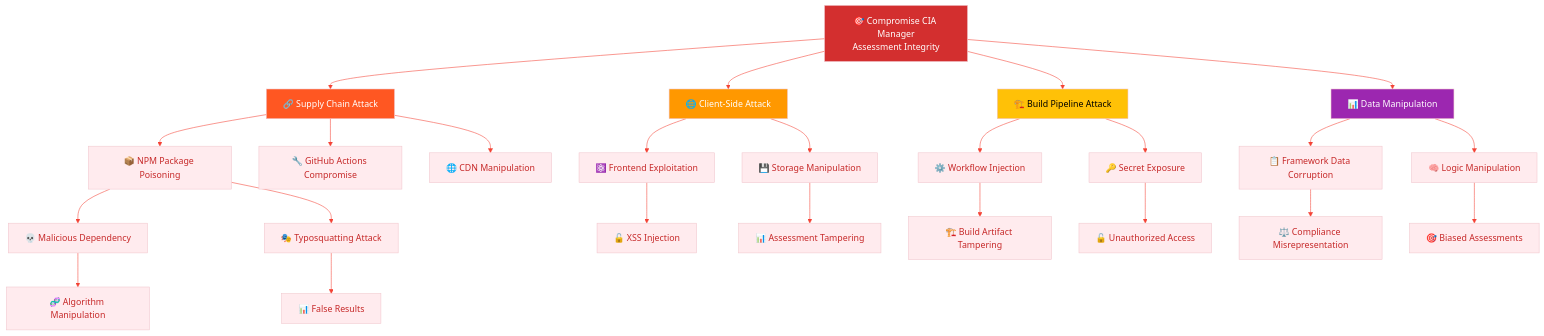
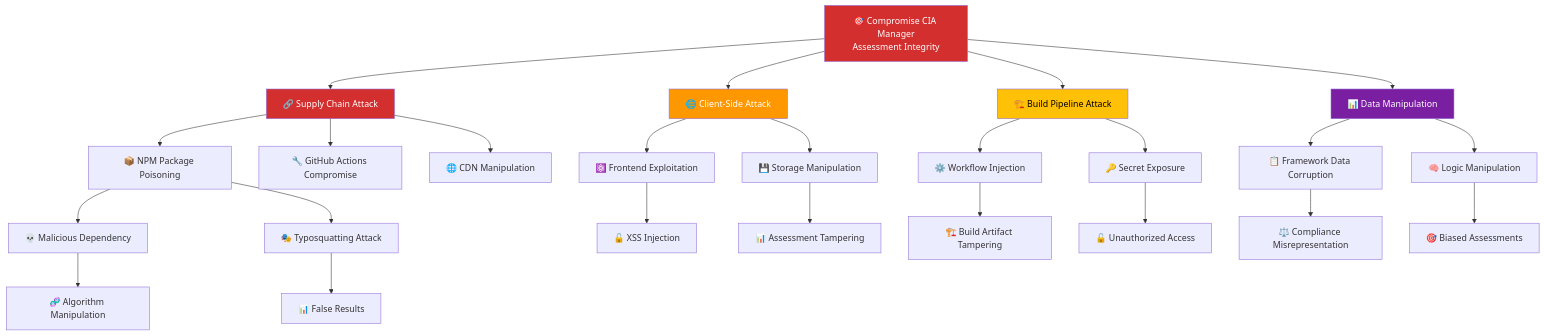
Before and after one commit to Hack23/cia-compliance-manager: the third of 15 diagrams in docs/architecture/THREAT_MODEL.md, drawn with Mermaid. The commit also changed other lines of this file and 18 other files, not shown here.

````diff
--- a/docs/architecture/THREAT_MODEL.md
+++ b/docs/architecture/THREAT_MODEL.md
@@ -272,51 +258,44 @@
 ```mermaid
 %%{
   init: {
-    'theme': 'base',
-    'themeVariables': {
-      'primaryColor': '#ffebee',
-      'primaryTextColor': '#c62828',
-      'lineColor': '#f44336',
-      'secondaryColor': '#e8f5e9',
-      'tertiaryColor': '#fff3e0'
-    }
-  }
+    'theme': 'neutral',
+}
 }%%
 flowchart TD
     GOAL[🎯 Compromise CIA Manager<br/>Assessment Integrity]
     
     GOAL --> PATH1[🔗 Supply Chain Attack]
     GOAL --> PATH2[🌐 Client-Side Attack]
     GOAL --> PATH3[🏗️ Build Pipeline Attack]
     GOAL --> PATH4[📊 Data Manipulation]
     
     PATH1 --> SC1[📦 NPM Package Poisoning]
     PATH1 --> SC2[🔧 GitHub Actions Compromise]
     PATH1 --> SC3[🌐 CDN Manipulation]
     
     SC1 --> SC1A[💀 Malicious Dependency]
     SC1 --> SC1B[🎭 Typosquatting Attack]
     SC1A --> SC1A1[🧬 Algorithm Manipulation]
     SC1B --> SC1B1[📊 False Results]
     
     PATH2 --> CS1[⚛️ Frontend Exploitation]
     PATH2 --> CS2[💾 Storage Manipulation]
     CS1 --> CS1A[🔓 XSS Injection]
     CS2 --> CS2A[📊 Assessment Tampering]
     
     PATH3 --> BP1[⚙️ Workflow Injection]
     PATH3 --> BP2[🔑 Secret Exposure]
     BP1 --> BP1A[🏗️ Build Artifact Tampering]
     BP2 --> BP2A[🔓 Unauthorized Access]
     
     PATH4 --> DM1[📋 Framework Data Corruption]
     PATH4 --> DM2[🧠 Logic Manipulation]
     DM1 --> DM1A[⚖️ Compliance Misrepresentation]
     DM2 --> DM2A[🎯 Biased Assessments]
     
     style GOAL fill:#d32f2f,color:#fff
-    style PATH1 fill:#ff5722,color:#fff
+    style PATH1 fill:#D32F2F,color:#fff
     style PATH2 fill:#ff9800,color:#fff
     style PATH3 fill:#ffc107,color:#000
-    style PATH4 fill:#9c27b0,color:#fff
+    style PATH4 fill:#7B1FA2,color:#fff
 ```
````
